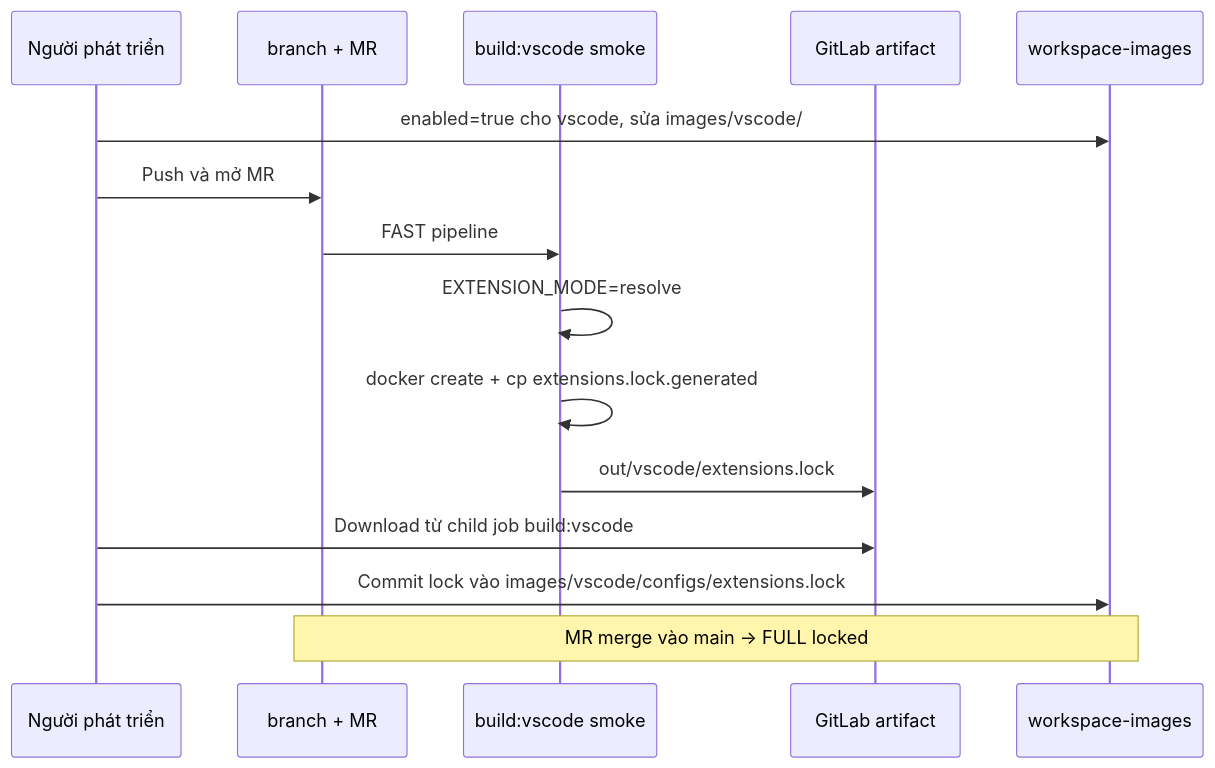
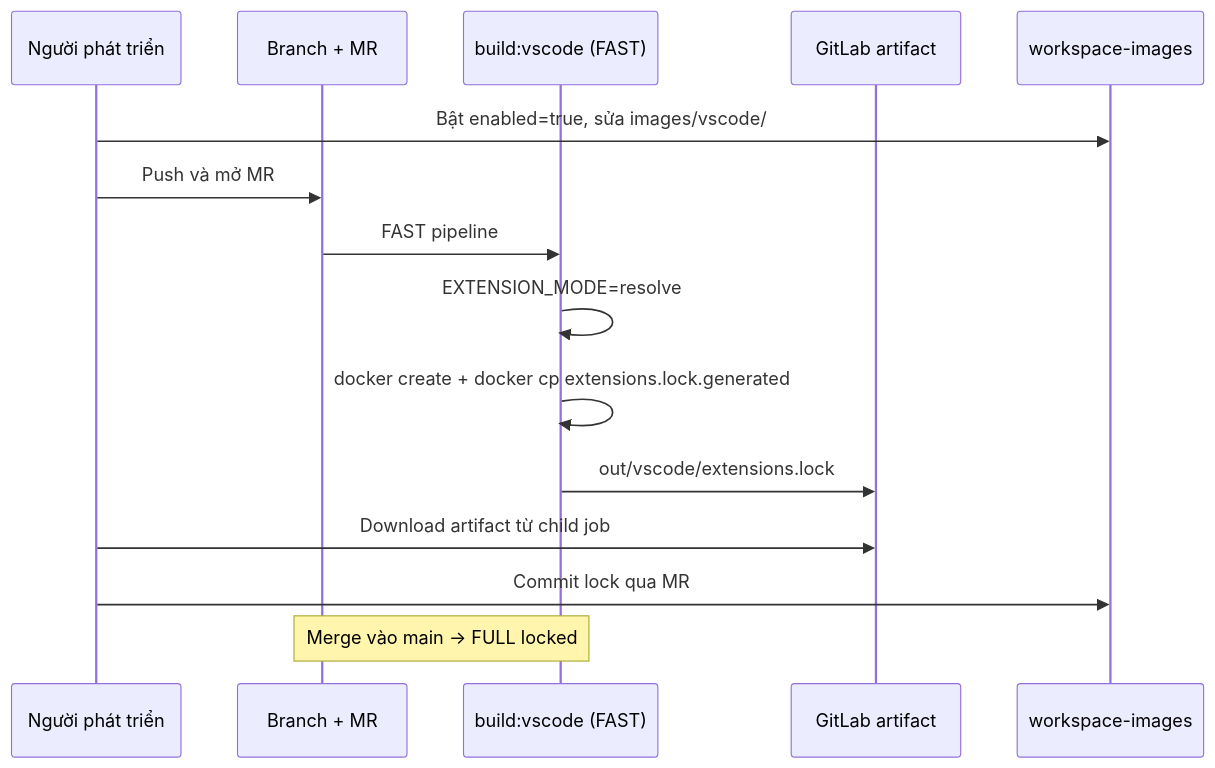
The second of 2 diagrams in README.md (solution156/workspace-images), drawn with Mermaid before and after one commit. The commit also changed other lines of this file, not shown here.

````diff
--- a/README.md
+++ b/README.md
@@ -199,18 +172,18 @@
 ```mermaid
 sequenceDiagram
     participant Dev as Người phát triển
-    participant BR as branch + MR
-    participant CI as build:vscode smoke
+    participant MR as Branch + MR
+    participant CI as build:vscode (FAST)
     participant GL as GitLab artifact
     participant WS as workspace-images
 
-    Dev->>WS: enabled=true cho vscode, sửa images/vscode/
-    Dev->>BR: Push và mở MR
-    BR->>CI: FAST pipeline
+    Dev->>WS: Bật enabled=true, sửa images/vscode/
+    Dev->>MR: Push và mở MR
+    MR->>CI: FAST pipeline
     CI->>CI: EXTENSION_MODE=resolve
-    CI->>CI: docker create + cp extensions.lock.generated
+    CI->>CI: docker create + docker cp extensions.lock.generated
     CI->>GL: out/vscode/extensions.lock
-    Dev->>GL: Download từ child job build:vscode
-    Dev->>WS: Commit lock vào images/vscode/configs/extensions.lock
-    Note over WS,BR: MR merge vào main → FULL locked
+    Dev->>GL: Download artifact từ child job
+    Dev->>WS: Commit lock qua MR
+    Note over MR,CI: Merge vào main → FULL locked
 ```
````
